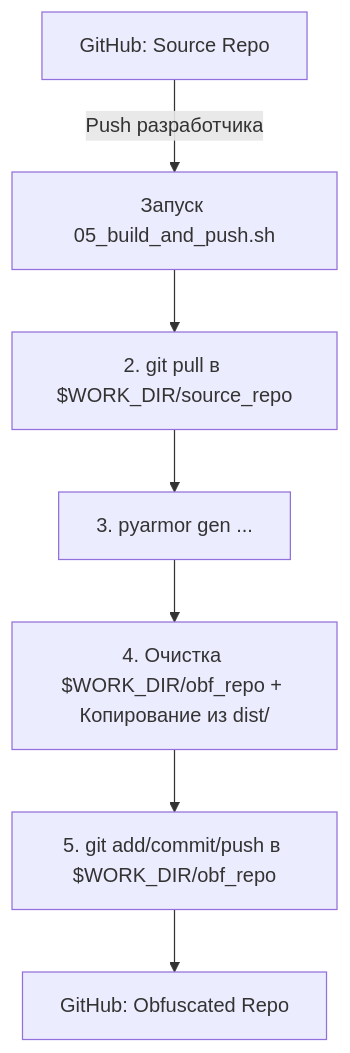
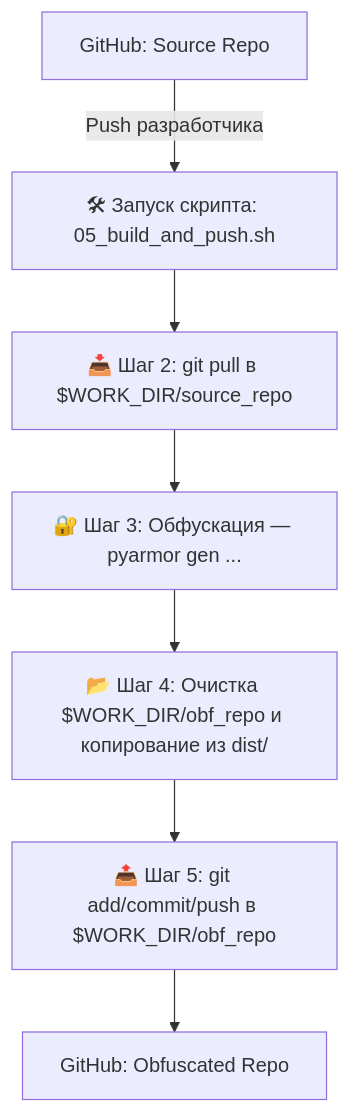
The diagram in README.md (daswer123/pyarmor_pipeline), drawn with Mermaid before and after one commit.

````diff
--- a/README.md
+++ b/README.md
@@ -137,9 +137,9 @@
 ```mermaid
 graph TD
-    SourceGitHub["GitHub: Source Repo"] -- Push разработчика --> Trigger["Запуск 05_build_and_push.sh"];
-    Trigger --> PullSource["2. git pull в $WORK_DIR/source_repo"];
-    PullSource --> Build["3. pyarmor gen ..."];
-    Build --> Copy["4. Очистка $WORK_DIR/obf_repo + Копирование из dist/"];
-    Copy --> PushObf["5. git add/commit/push в $WORK_DIR/obf_repo"];
-    PushObf --> ObfGitHub["GitHub: Obfuscated Repo"];
+    SourceGitHub["GitHub: Source Repo"] -->|Push разработчика| Trigger["🛠 Запуск скрипта: 05_build_and_push.sh"]
+    Trigger --> PullSource["📥 Шаг 2: git pull в $WORK_DIR/source_repo"]
+    PullSource --> Build["🔐 Шаг 3: Обфускация — pyarmor gen ..."]
+    Build --> Copy["📂 Шаг 4: Очистка $WORK_DIR/obf_repo и копирование из dist/"]
+    Copy --> PushObf["📤 Шаг 5: git add/commit/push в $WORK_DIR/obf_repo"]
+    PushObf --> ObfGitHub["GitHub: Obfuscated Repo"]
 ```
````
